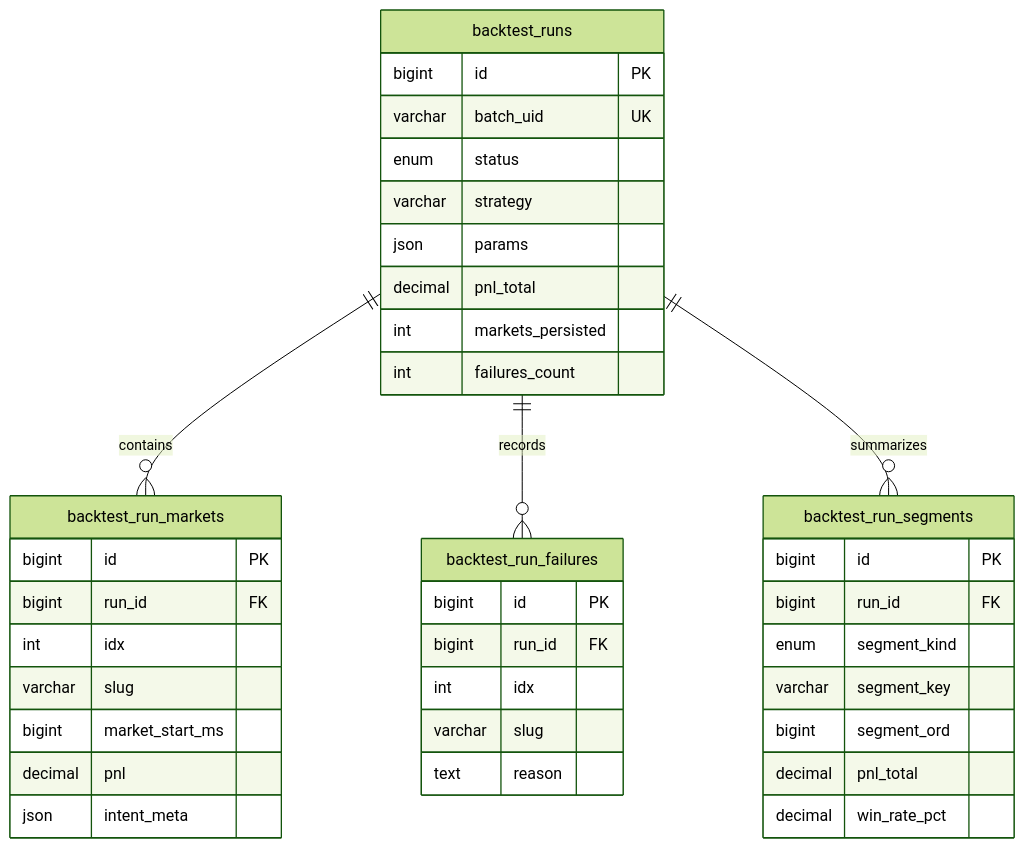
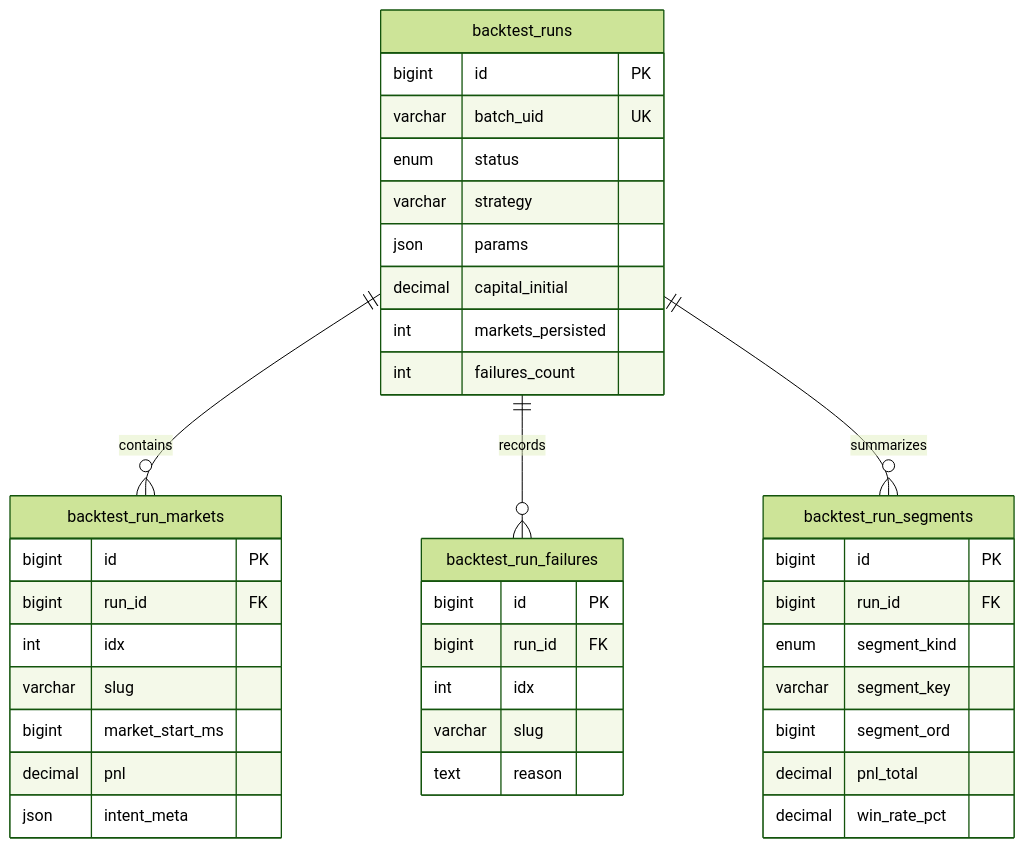
One commit to ivanmijatovic89/polymarket-bot changed the diagram in docs/backtest/statistics/result-storage.md. Above: the diagram before and after it, drawn with Mermaid (forest theme). The commit also changed other lines of this file and 14 other files, not shown here.

````diff
--- a/docs/backtest/statistics/result-storage.md
+++ b/docs/backtest/statistics/result-storage.md
@@ -19,45 +20,45 @@
 ```mermaid
 erDiagram
   backtest_runs ||--o{ backtest_run_markets : contains
   backtest_runs ||--o{ backtest_run_failures : records
   backtest_runs ||--o{ backtest_run_segments : summarizes
 
   backtest_runs {
     bigint id PK
     varchar batch_uid UK
     enum status
     varchar strategy
     json params
-    decimal pnl_total
+    decimal capital_initial
     int markets_persisted
     int failures_count
   }
 
   backtest_run_markets {
     bigint id PK
     bigint run_id FK
     int idx
     varchar slug
     bigint market_start_ms
     decimal pnl
     json intent_meta
   }
 
   backtest_run_failures {
     bigint id PK
     bigint run_id FK
     int idx
     varchar slug
     text reason
   }
 
   backtest_run_segments {
     bigint id PK
     bigint run_id FK
     enum segment_kind
     varchar segment_key
     bigint segment_ord
     decimal pnl_total
     decimal win_rate_pct
   }
 ```
````
